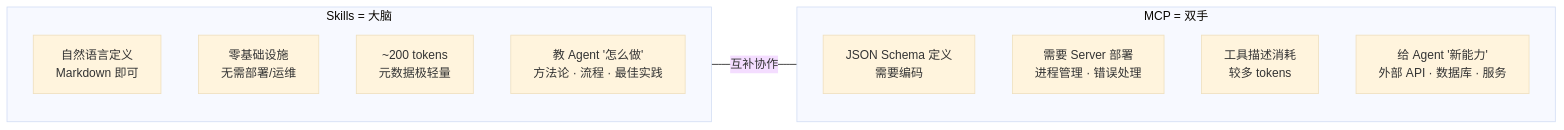
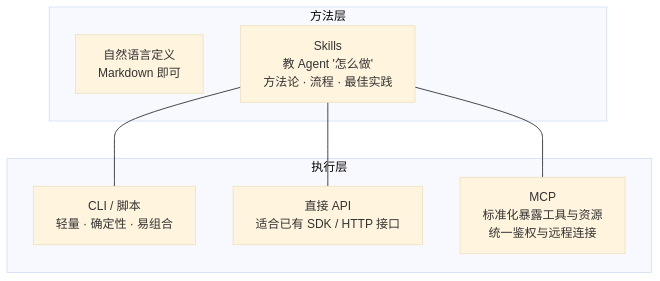
One commit to zht043/AgenticCodingTutorial changed the eighth of 11 diagrams in docs/ch02-concepts/part-2-concepts.md. Above: the diagram before and after it, drawn with Mermaid (base theme). The commit also changed other lines of this file and 2 other files, not shown here.

Commit message:
fix mcp vs skills analysis

````diff
--- a/docs/ch02-concepts/part-2-concepts.md
+++ b/docs/ch02-concepts/part-2-concepts.md
@@ -384,18 +390,17 @@
 ```mermaid
-flowchart LR
-    subgraph Skills["Skills = 大脑"]
+flowchart TB
+    subgraph Method["方法层"]
         S1["自然语言定义<br/>Markdown 即可"]
-        S2["零基础设施<br/>无需部署/运维"]
-        S3["~200 tokens<br/>元数据极轻量"]
-        S4["教 Agent '怎么做'<br/>方法论 · 流程 · 最佳实践"]
+        S2["Skills<br/>教 Agent '怎么做'<br/>方法论 · 流程 · 最佳实践"]
     end
 
-    subgraph MCP["MCP = 双手"]
-        M1["JSON Schema 定义<br/>需要编码"]
-        M2["需要 Server 部署<br/>进程管理 · 错误处理"]
-        M3["工具描述消耗<br/>较多 tokens"]
-        M4["给 Agent '新能力'<br/>外部 API · 数据库 · 服务"]
+    subgraph Runtime["执行层"]
+        C1["CLI / 脚本<br/>轻量 · 确定性 · 易组合"]
+        C2["直接 API<br/>适合已有 SDK / HTTP 接口"]
+        C3["MCP<br/>标准化暴露工具与资源<br/>统一鉴权与远程连接"]
     end
 
-    Skills ---|互补协作| MCP
+    S2 --- C1
+    S2 --- C2
+    S2 --- C3
 ```
````
